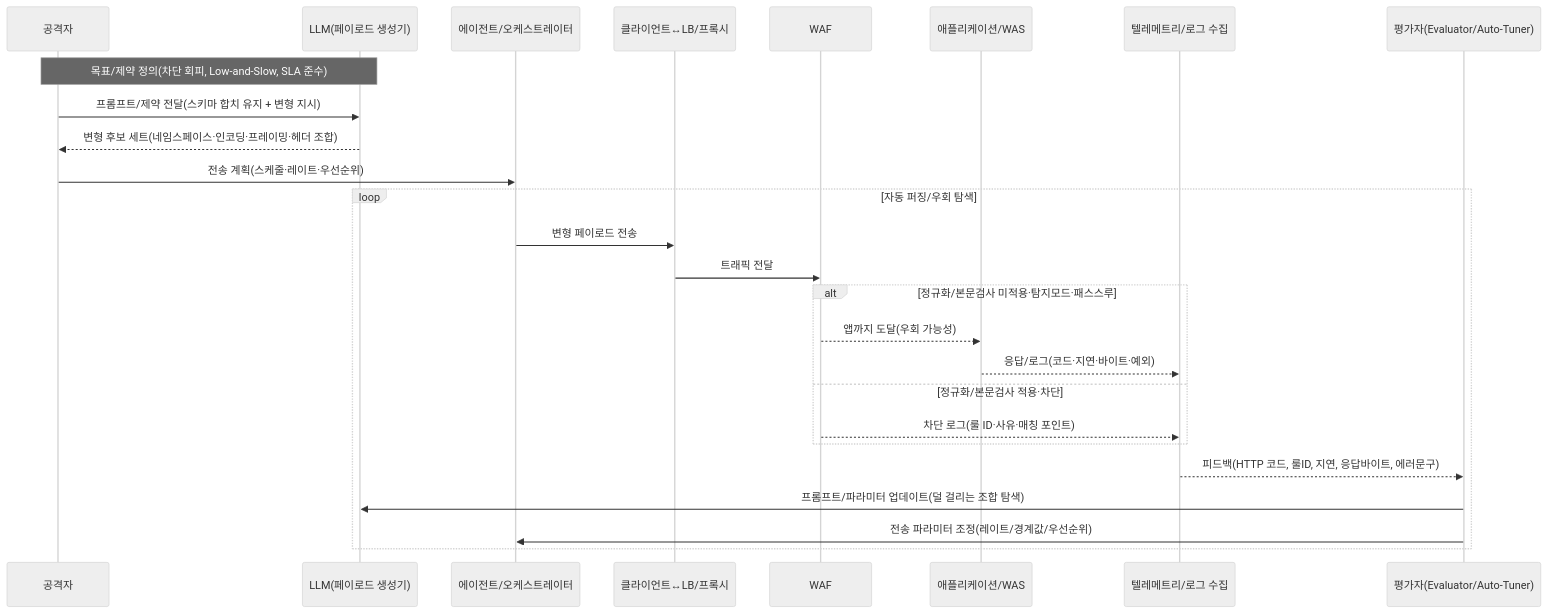
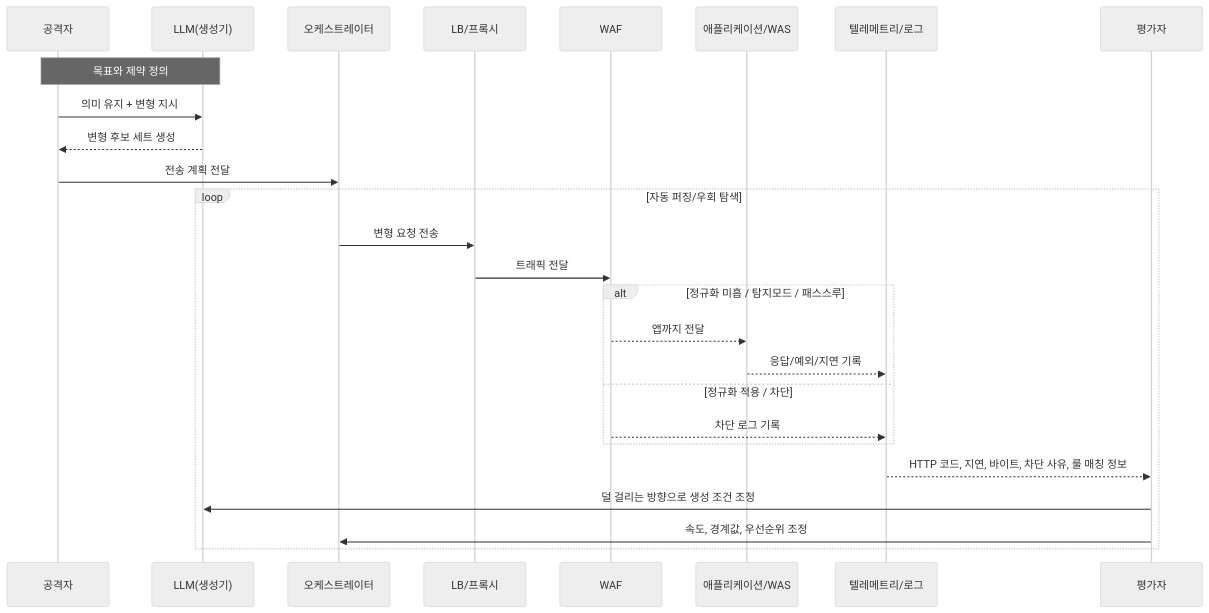
One commit to qubitsec/blog changed the diagram in content/ko/tech/ai-waf-bypass.md. Above: the diagram before and after it, drawn with Mermaid (neutral theme). The commit also changed other lines of this file, not shown here.

`````diff
--- a/content/ko/tech/ai-waf-bypass.md
+++ b/content/ko/tech/ai-waf-bypass.md
@@ -30,32 +55,31 @@
 ```mermaid
 sequenceDiagram
-    %% LLM 보조 WAF 우회 (공격자 관점 요약)
     participant A as 공격자
-    participant G as LLM(페이로드 생성기)
-    participant O as 에이전트/오케스트레이터
-    participant L as 클라이언트↔LB/프록시
+    participant G as LLM(생성기)
+    participant O as 오케스트레이터
+    participant L as LB/프록시
     participant W as WAF
     participant S as 애플리케이션/WAS
-    participant T as 텔레메트리/로그 수집
-    participant E as 평가자(Evaluator/Auto-Tuner)
+    participant T as 텔레메트리/로그
+    participant E as 평가자
 
-    Note over A,G: 목표/제약 정의(차단 회피, Low-and-Slow, SLA 준수)
-    A->>G: 프롬프트/제약 전달(스키마 합치 유지 + 변형 지시)
-    G-->>A: 변형 후보 세트(네임스페이스·인코딩·프레이밍·헤더 조합)
-    A->>O: 전송 계획(스케줄·레이트·우선순위)
+    Note over A,G: 목표와 제약 정의
+    A->>G: 의미 유지 + 변형 지시
+    G-->>A: 변형 후보 세트 생성
+    A->>O: 전송 계획 전달
 
     loop 자동 퍼징/우회 탐색
-        O->>L: 변형 페이로드 전송
+        O->>L: 변형 요청 전송
         L->>W: 트래픽 전달
-        alt 정규화/본문검사 미적용·탐지모드·패스스루
-            W-->>S: 앱까지 도달(우회 가능성)
-            S-->>T: 응답/로그(코드·지연·바이트·예외)
-        else 정규화/본문검사 적용·차단
-            W-->>T: 차단 로그(룰 ID·사유·매칭 포인트)
+        alt 정규화 미흡 / 탐지모드 / 패스스루
+            W-->>S: 앱까지 전달
+            S-->>T: 응답/예외/지연 기록
+        else 정규화 적용 / 차단
+            W-->>T: 차단 로그 기록
         end
 
-        T-->>E: 피드백(HTTP 코드, 룰ID, 지연, 응답바이트, 에러문구)
-        E->>G: 프롬프트/파라미터 업데이트(덜 걸리는 조합 탐색)
-        E->>O: 전송 파라미터 조정(레이트/경계값/우선순위)
+        T-->>E: HTTP 코드, 지연, 바이트, 차단 사유, 룰 매칭 정보
+        E->>G: 덜 걸리는 방향으로 생성 조건 조정
+        E->>O: 속도, 경계값, 우선순위 조정
     end
-````
+```
`````
